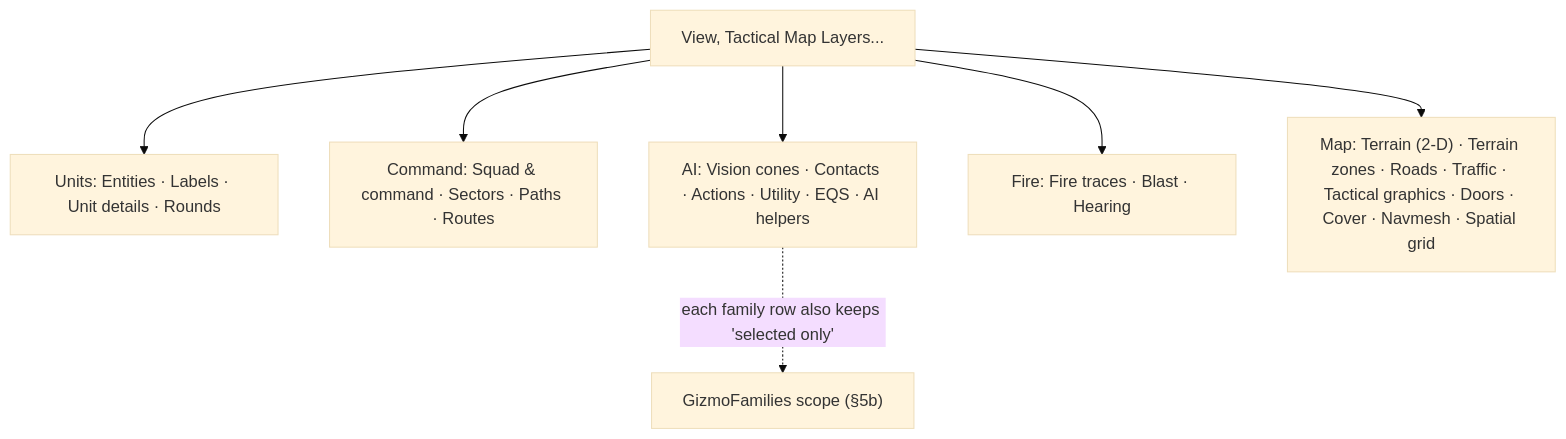
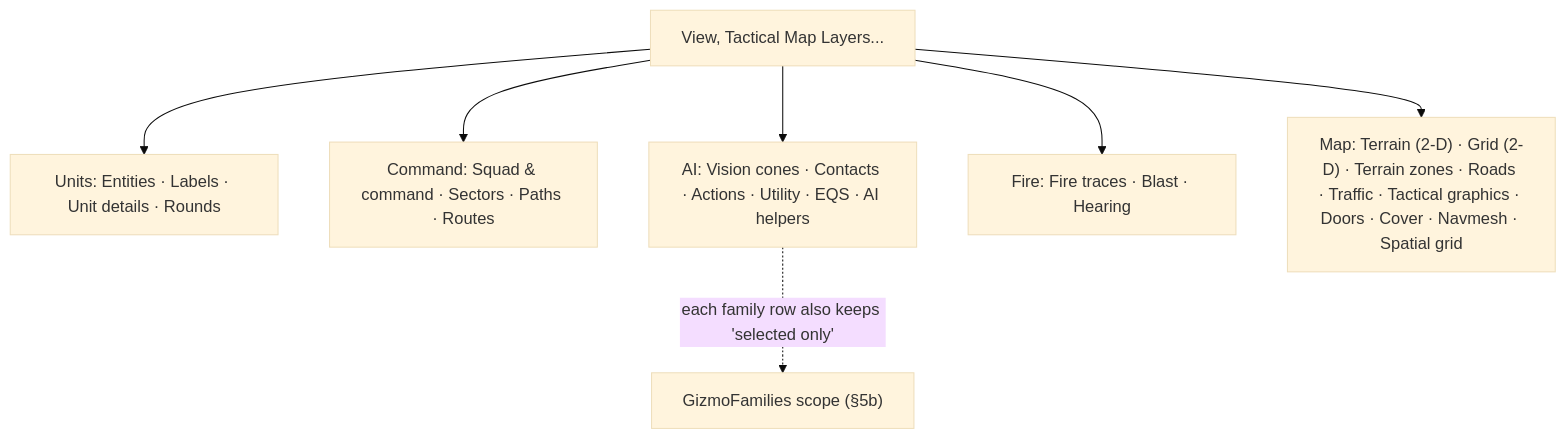
One commit to pjanec/HROT changed diagram 20 of 24 in docs/DESIGN_Terrain_Combat_Tuning.md. Above: the diagram before and after it, drawn with Mermaid (base theme). The commit also changed other lines of this file and 32 other files, not shown here.

````diff
--- a/docs/DESIGN_Terrain_Combat_Tuning.md
+++ b/docs/DESIGN_Terrain_Combat_Tuning.md
@@ -961,9 +962,9 @@
 ```mermaid
 graph TD
   P["View, Tactical Map Layers..."] --> U["Units: Entities · Labels · Unit details · Rounds"]
   P --> C["Command: Squad & command · Sectors · Paths · Routes"]
   P --> A["AI: Vision cones · Contacts · Actions · Utility · EQS · AI helpers"]
   P --> F["Fire: Fire traces · Blast · Hearing"]
-  P --> M["Map: Terrain (2-D) · Terrain zones · Roads · Traffic · Tactical graphics · Doors · Cover · Navmesh · Spatial grid"]
+  P --> M["Map: Terrain (2-D) · Grid (2-D) · Terrain zones · Roads · Traffic · Tactical graphics · Doors · Cover · Navmesh · Spatial grid"]
   A -.->|"each family row also keeps 'selected only'"| SC["GizmoFamilies scope (§5b)"]
 ```
````
